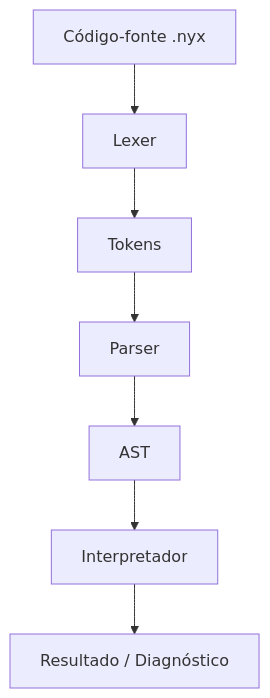
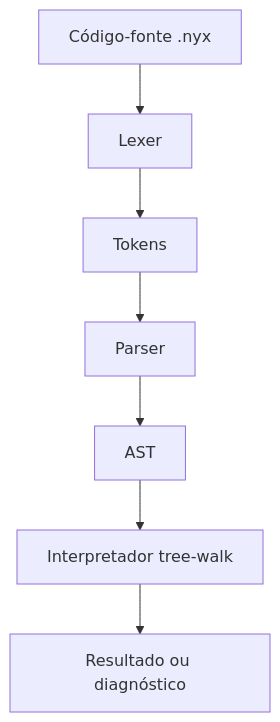
Before and after one commit to nrdataanalysis-1908/NYX: the second of 3 diagrams in README.md, drawn with Mermaid. The commit also changed other lines of this file, not shown here.

````diff
--- a/README.md
+++ b/README.md
@@ -182,9 +153,9 @@
 ```mermaid
 flowchart TD
     A["Código-fonte .nyx"] --> B["Lexer"]
     B --> C["Tokens"]
     C --> D["Parser"]
     D --> E["AST"]
-    E --> F["Interpretador"]
-    F --> G["Resultado / Diagnóstico"]
+    E --> F["Interpretador tree-walk"]
+    F --> G["Resultado ou diagnóstico"]
 ```
````
